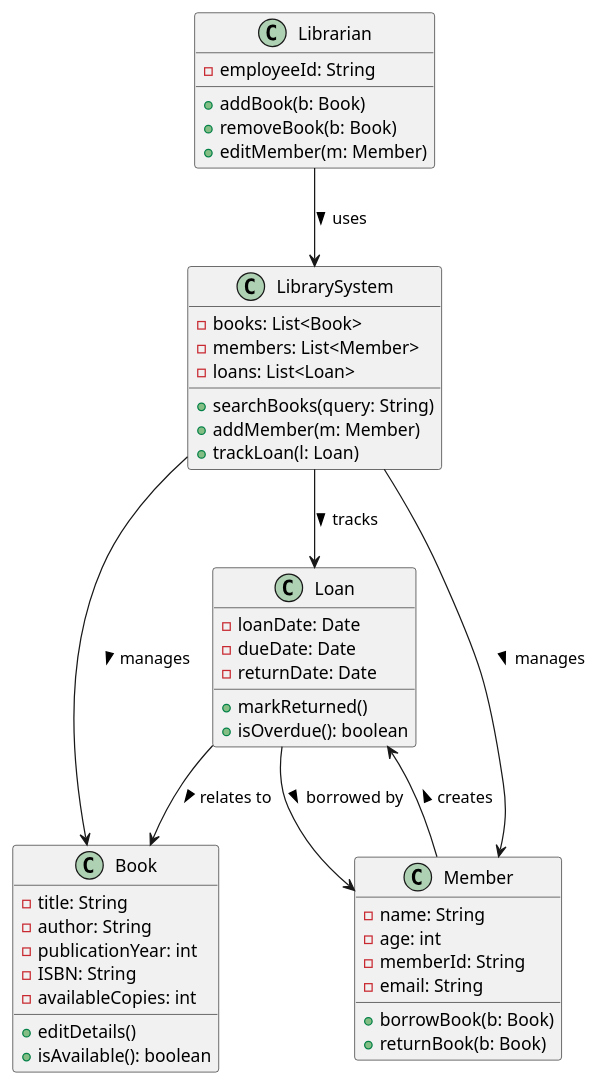
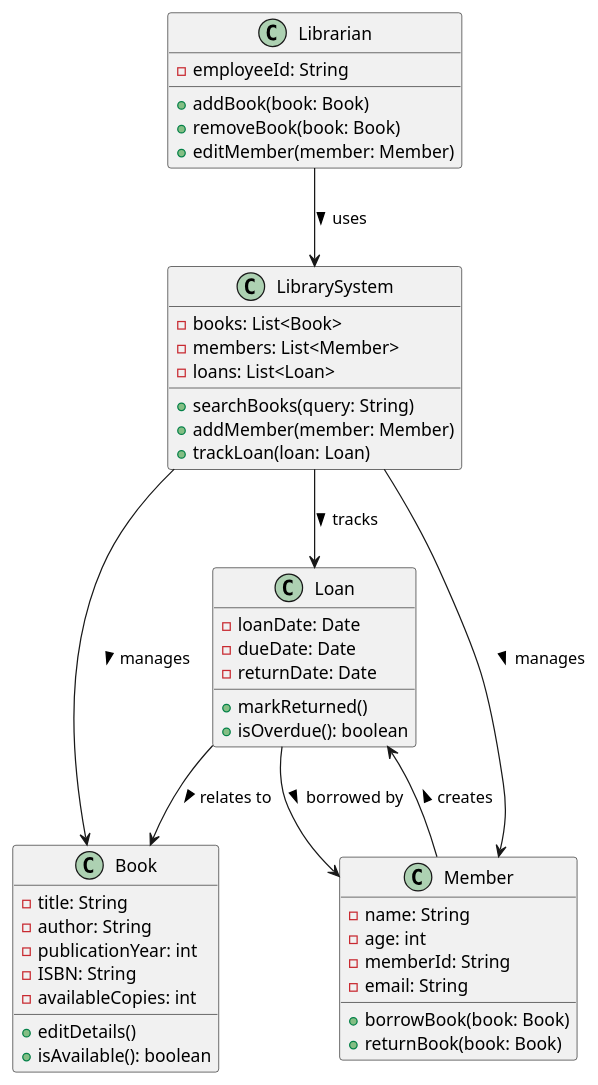
Before and after one commit to BramLab/IntecPunt: the diagram in src/uml/IntecPuntClassDiagram.puml, drawn with PlantUML.

Commit message:
changes UMLCD

```diff
--- a/src/uml/IntecPuntClassDiagram.puml
+++ b/src/uml/IntecPuntClassDiagram.puml
@@ -1,53 +1,53 @@
 @startuml
 
 class Book {
   - title: String
   - author: String
   - publicationYear: int
   - ISBN: String
   - availableCopies: int
   + editDetails()
   + isAvailable(): boolean
 }
 
 class Member {
   - name: String
   - age: int
   - memberId: String
   - email: String
-  + borrowBook(b: Book)
-  + returnBook(b: Book)
+  + borrowBook(book: Book)
+  + returnBook(book: Book)
 }
 
 class Loan {
   - loanDate: Date
   - dueDate: Date
   - returnDate: Date
   + markReturned()
   + isOverdue(): boolean
 }
 
 class Librarian {
   - employeeId: String
-  + addBook(b: Book)
-  + removeBook(b: Book)
-  + editMember(m: Member)
+  + addBook(book: Book)
+  + removeBook(book: Book)
+  + editMember(member: Member)
 }
 
 class LibrarySystem {
   - books: List<Book>
   - members: List<Member>
   - loans: List<Loan>
   + searchBooks(query: String)
-  + addMember(m: Member)
-  + trackLoan(l: Loan)
+  + addMember(member: Member)
+  + trackLoan(loan: Loan)
   }
 
 LibrarySystem --> Book : manages >
 LibrarySystem --> Member : manages >
 LibrarySystem --> Loan : tracks >
 Loan --> Book : relates to >
 Loan --> Member : borrowed by >
 Librarian --> LibrarySystem : uses >
 Member --> Loan : creates >
 @enduml
```
